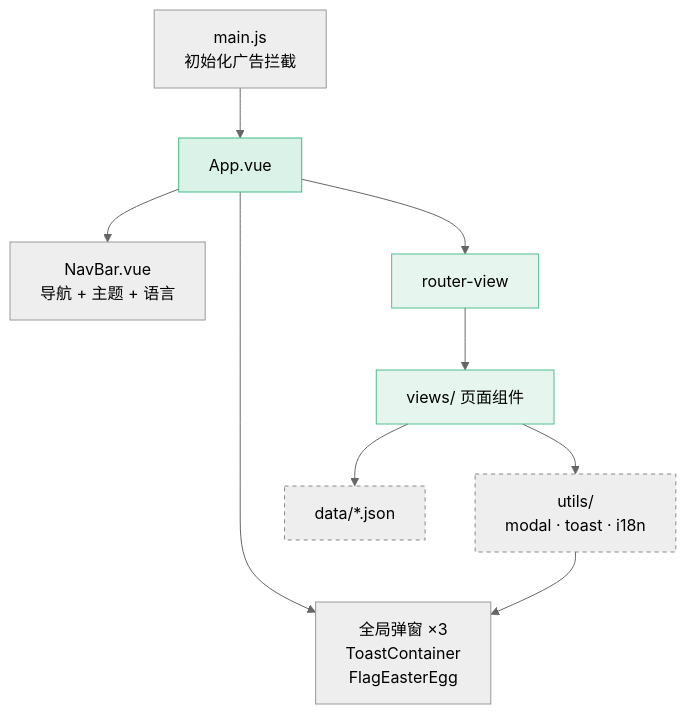
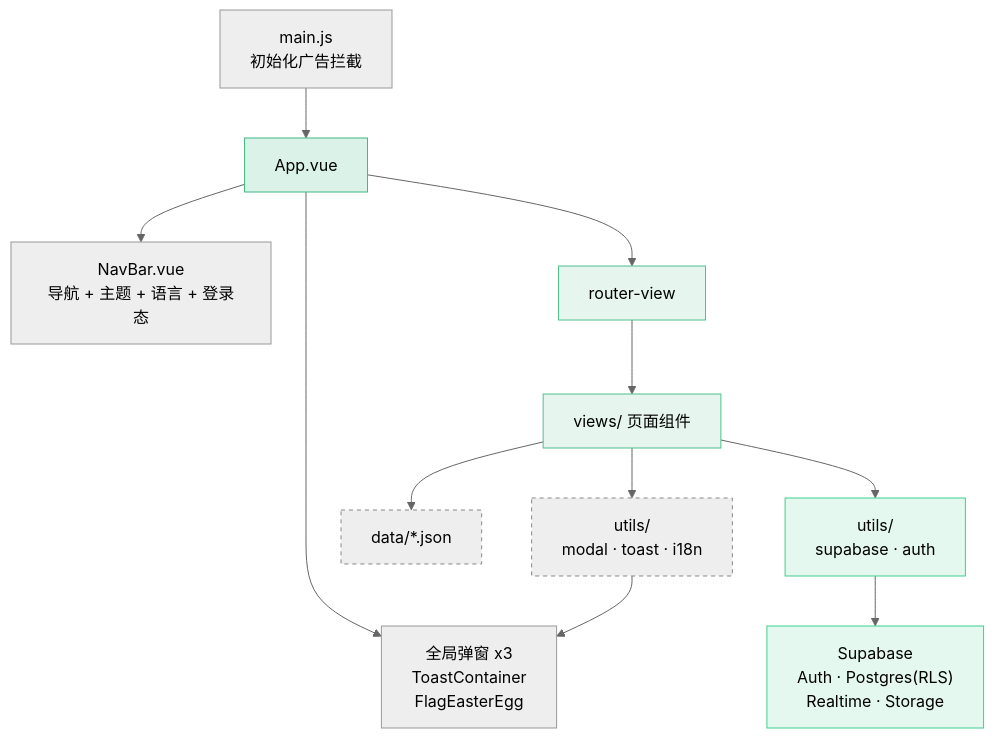
One commit to HGfds29/my-web changed the first of 2 diagrams in README.md. Above: the diagram before and after it, drawn with Mermaid (neutral theme). The commit also changed other lines of this file and 10 other files, not shown here.

````diff
--- a/README.md
+++ b/README.md
@@ -159,18 +202,22 @@
 ```mermaid
 flowchart TD
   A["main.js<br/>初始化广告拦截"] --> B["App.vue"]
-  B --> C["NavBar.vue<br/>导航 + 主题 + 语言"]
+  B --> C["NavBar.vue<br/>导航 + 主题 + 语言 + 登录态"]
   B --> D["router-view"]
-  B --> E["全局弹窗 ×3<br/>ToastContainer<br/>FlagEasterEgg"]
+  B --> E["全局弹窗 x3<br/>ToastContainer<br/>FlagEasterEgg"]
   D --> F["views/ 页面组件"]
   F --> G["utils/<br/>modal · toast · i18n"]
   F --> H["data/*.json"]
+  F --> S["utils/<br/>supabase · auth"]
+  S --> SB["Supabase<br/>Auth · Postgres(RLS)<br/>Realtime · Storage"]
   G --> E
 
   classDef core fill:#42b98330,stroke:#42b983,stroke-width:1px
   classDef page fill:#4FC08D24,stroke:#4FC08D,stroke-width:1px
   classDef util fill:#88888824,stroke:#888888,stroke-dasharray:4
+  classDef svc fill:#3FCF8E24,stroke:#3FCF8E,stroke-width:1px
   class B core
   class D,F page
   class G,H util
+  class S,SB svc
 ```
````
